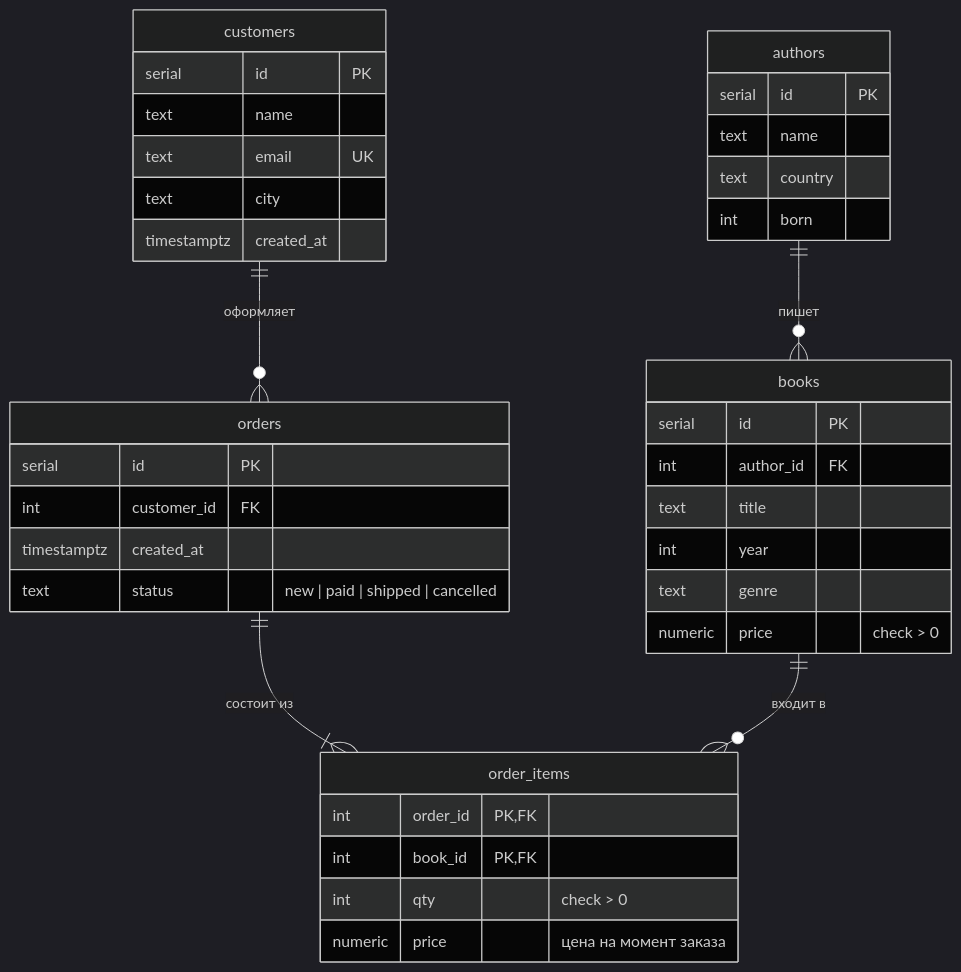
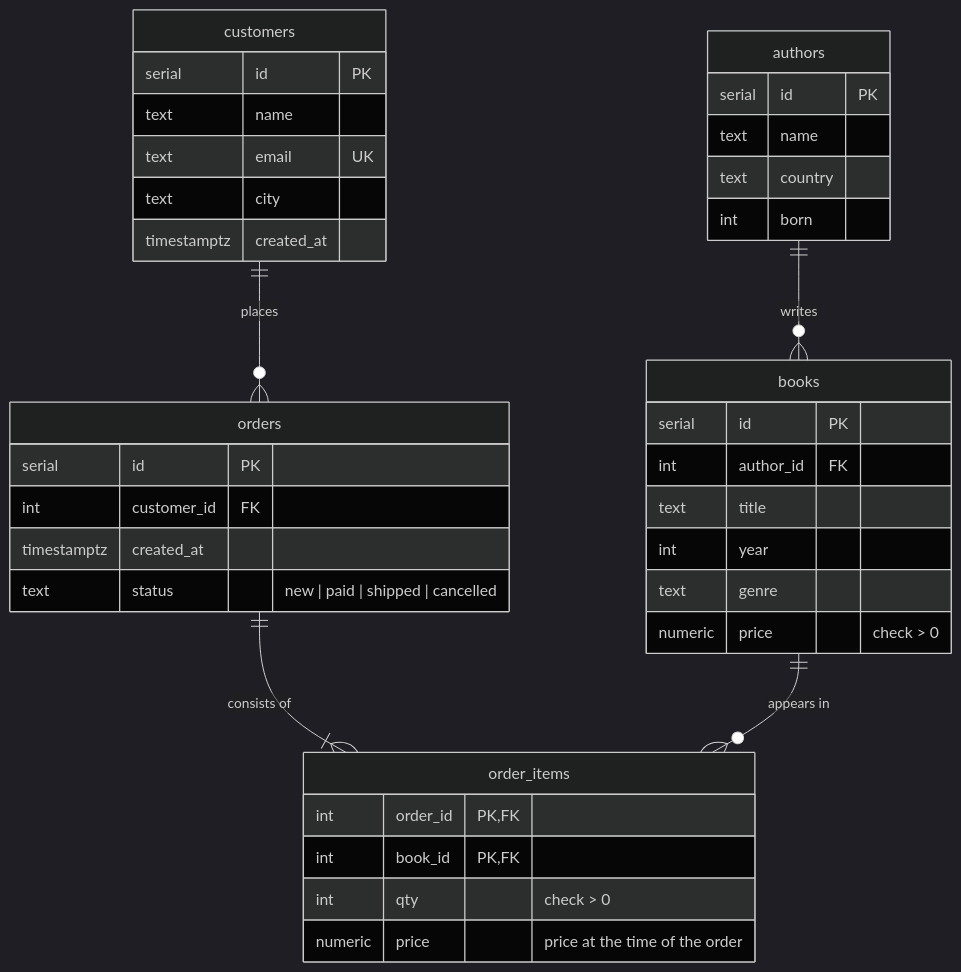
The diagram in docs/data-model.md (ZhdankovAlex/web-psql), drawn with Mermaid (dark theme) before and after one commit. The commit also changed other lines of this file and 37 other files, not shown here.

````diff
--- a/docs/data-model.md
+++ b/docs/data-model.md
@@ -7,41 +7,41 @@
 ```mermaid
 erDiagram
-    authors ||--o{ books : "пишет"
-    customers ||--o{ orders : "оформляет"
-    orders ||--|{ order_items : "состоит из"
-    books ||--o{ order_items : "входит в"
+    authors ||--o{ books : "writes"
+    customers ||--o{ orders : "places"
+    orders ||--|{ order_items : "consists of"
+    books ||--o{ order_items : "appears in"
 
     authors {
         serial id PK
         text name
         text country
         int born
     }
     books {
         serial id PK
         int author_id FK
         text title
         int year
         text genre
         numeric price "check > 0"
     }
     customers {
         serial id PK
         text name
         text email UK
         text city
         timestamptz created_at
     }
     orders {
         serial id PK
         int customer_id FK
         timestamptz created_at
         text status "new | paid | shipped | cancelled"
     }
     order_items {
         int order_id PK, FK
         int book_id PK, FK
         int qty "check > 0"
-        numeric price "цена на момент заказа"
+        numeric price "price at the time of the order"
     }
 ```
````
